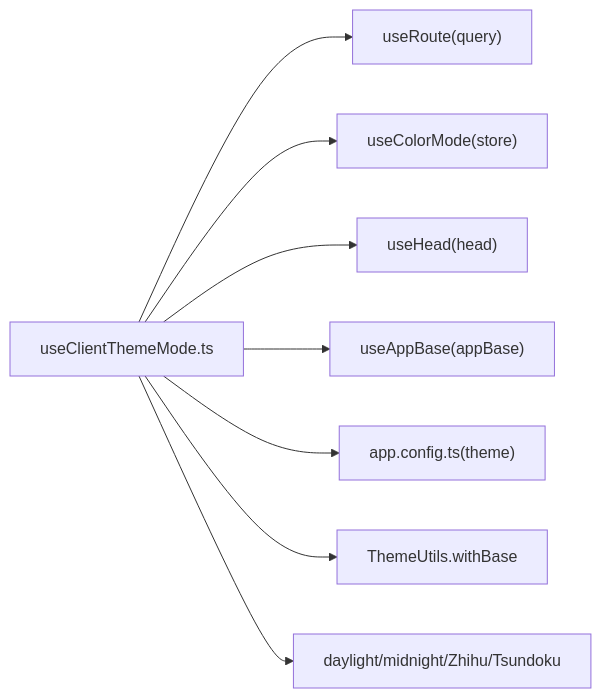
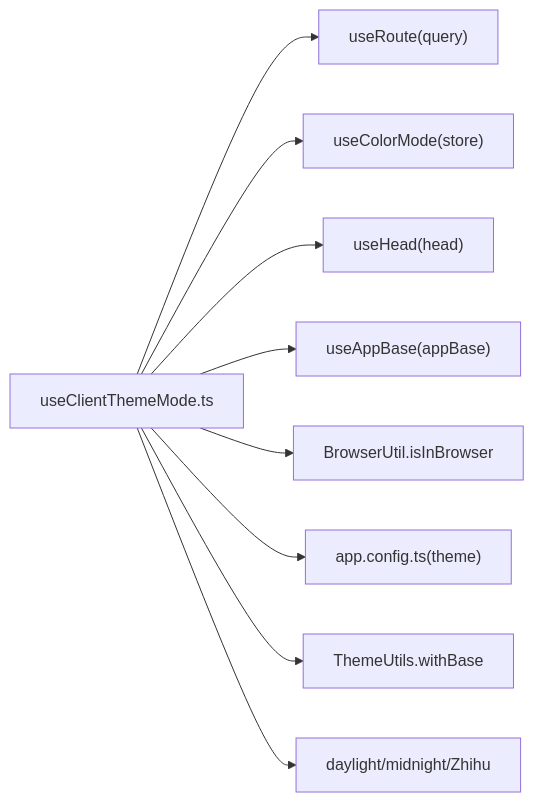
Before and after one commit to terwer/siyuan-plugin-blog: the fourth of 4 diagrams in .qoder/repowiki/zh/content/核心功能/主题系统/主题切换机制.md, drawn with Mermaid. The commit also changed other lines of this file and 3 other files, not shown here.

````diff
--- a/.qoder/repowiki/zh/content/核心功能/主题系统/主题切换机制.md
+++ b/.qoder/repowiki/zh/content/核心功能/主题系统/主题切换机制.md
@@ -198,10 +233,11 @@
 ```mermaid
 graph LR
 Hook["useClientThemeMode.ts"] --> Route["useRoute(query)"]
 Hook --> Color["useColorMode(store)"]
 Hook --> Head["useHead(head)"]
 Hook --> Base["useAppBase(appBase)"]
+Hook --> Browser["BrowserUtil.isInBrowser"]
 Hook --> Cfg["app.config.ts(theme)"]
 Hook --> Utils["ThemeUtils.withBase"]
-Hook --> Styles["daylight/midnight/Zhihu/Tsundoku"]
+Hook --> Styles["daylight/midnight/Zhihu"]
 ```
````
